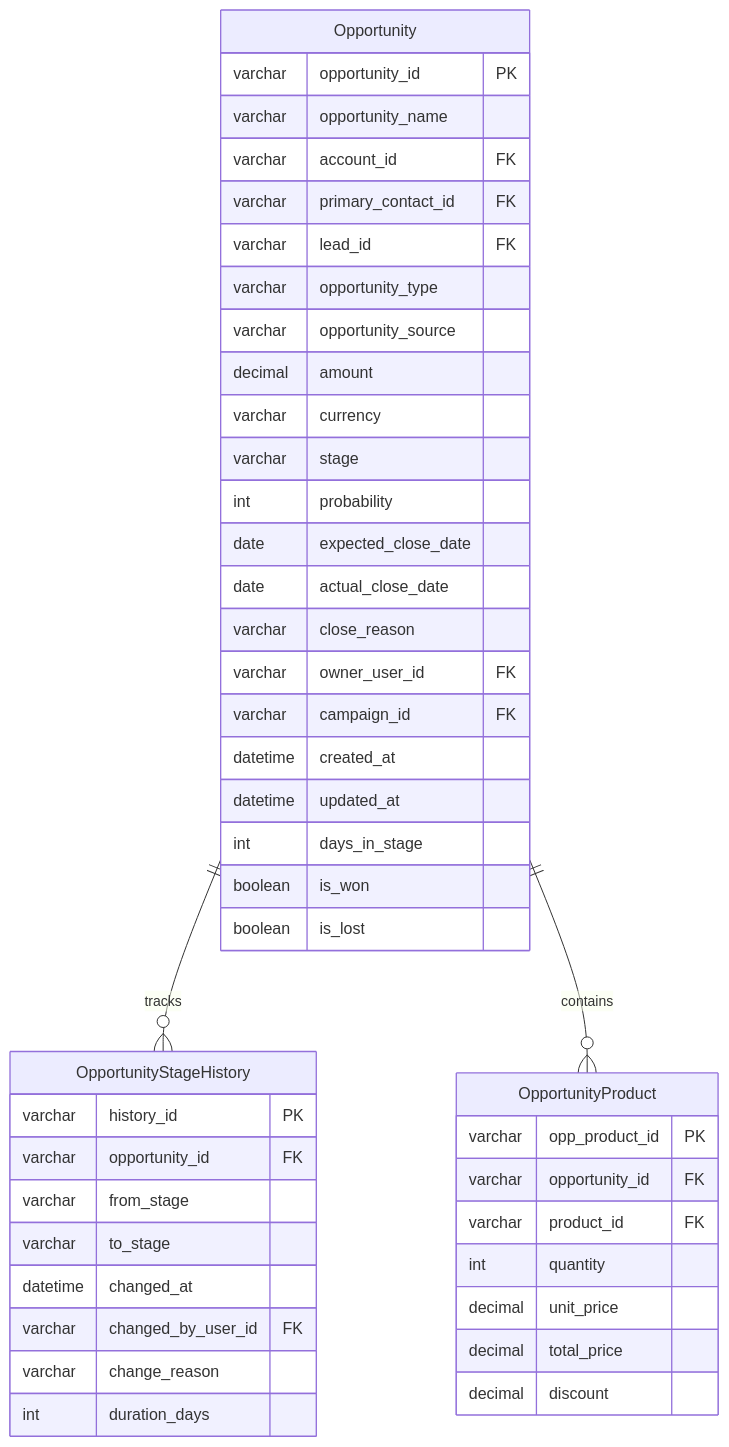
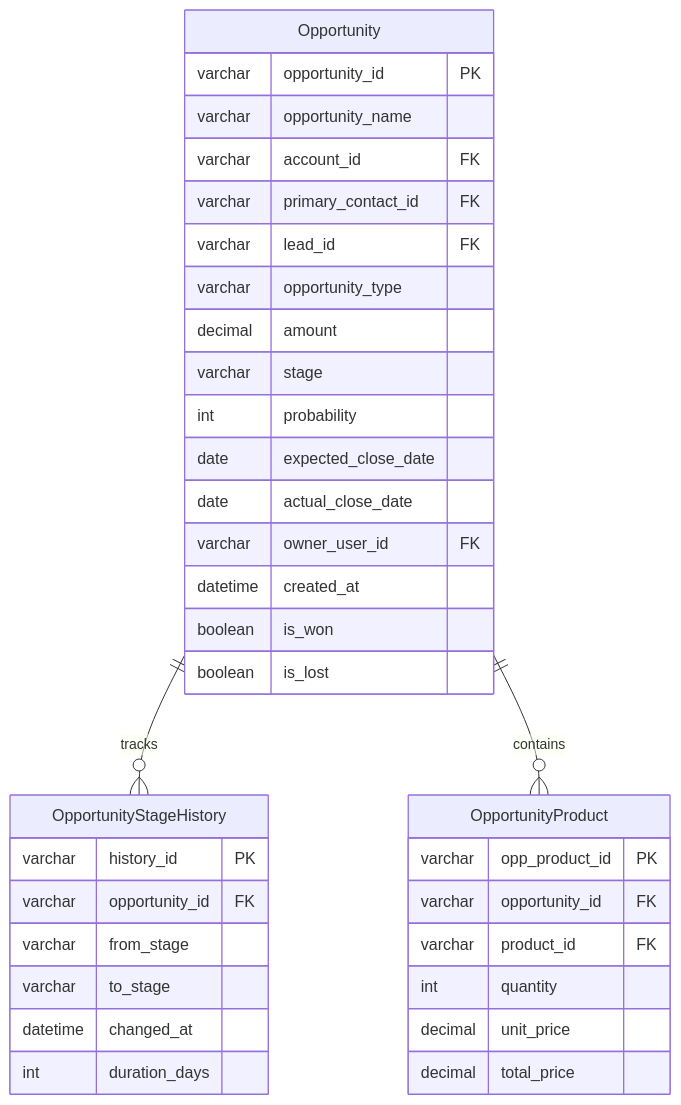
One commit to 312268112/advanced-java changed the sixth of 25 diagrams in docs/b2b-cdp-entity-design.md. Above: the diagram before and after it, drawn with Mermaid. The commit also changed other lines of this file, not shown here.

````diff
--- a/docs/b2b-cdp-entity-design.md
+++ b/docs/b2b-cdp-entity-design.md
@@ -371,50 +266,41 @@
 ```mermaid
 erDiagram
     Opportunity ||--o{ OpportunityStageHistory : tracks
     Opportunity ||--o{ OpportunityProduct : contains
     
     Opportunity {
         varchar opportunity_id PK
         varchar opportunity_name
         varchar account_id FK
         varchar primary_contact_id FK
         varchar lead_id FK
         varchar opportunity_type
-        varchar opportunity_source
         decimal amount
-        varchar currency
         varchar stage
         int probability
         date expected_close_date
         date actual_close_date
-        varchar close_reason
         varchar owner_user_id FK
-        varchar campaign_id FK
         datetime created_at
-        datetime updated_at
-        int days_in_stage
         boolean is_won
         boolean is_lost
     }
     
     OpportunityStageHistory {
         varchar history_id PK
         varchar opportunity_id FK
         varchar from_stage
         varchar to_stage
         datetime changed_at
-        varchar changed_by_user_id FK
-        varchar change_reason
         int duration_days
     }
     
     OpportunityProduct {
         varchar opp_product_id PK
         varchar opportunity_id FK
         varchar product_id FK
         int quantity
         decimal unit_price
         decimal total_price
-        decimal discount
     }
 ```
````
